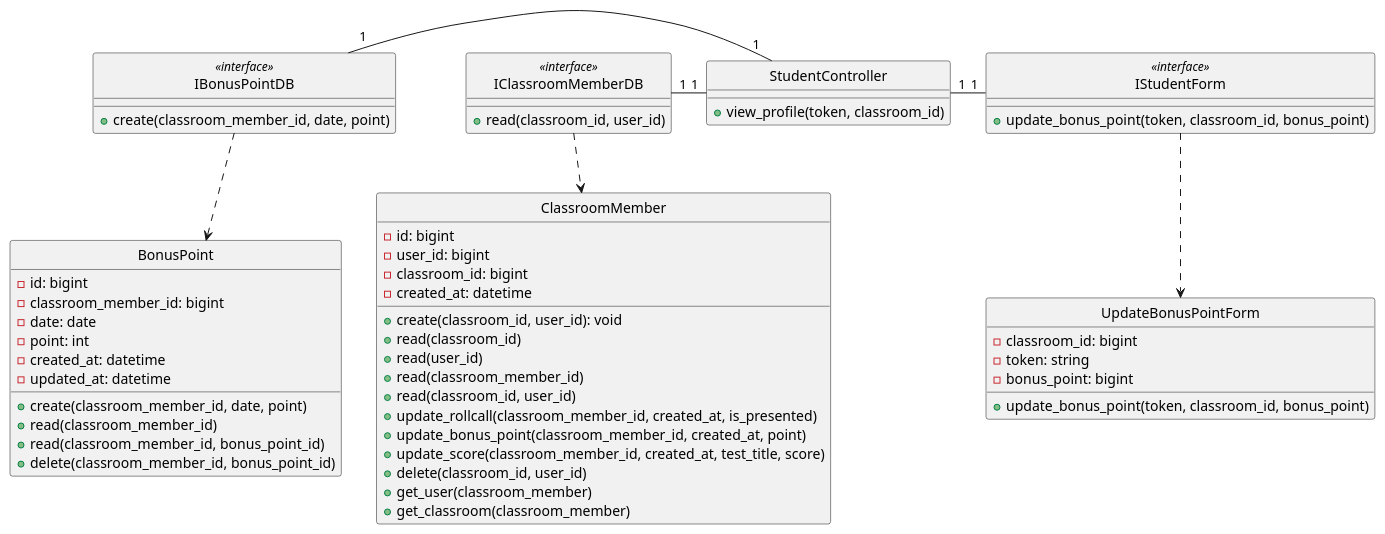
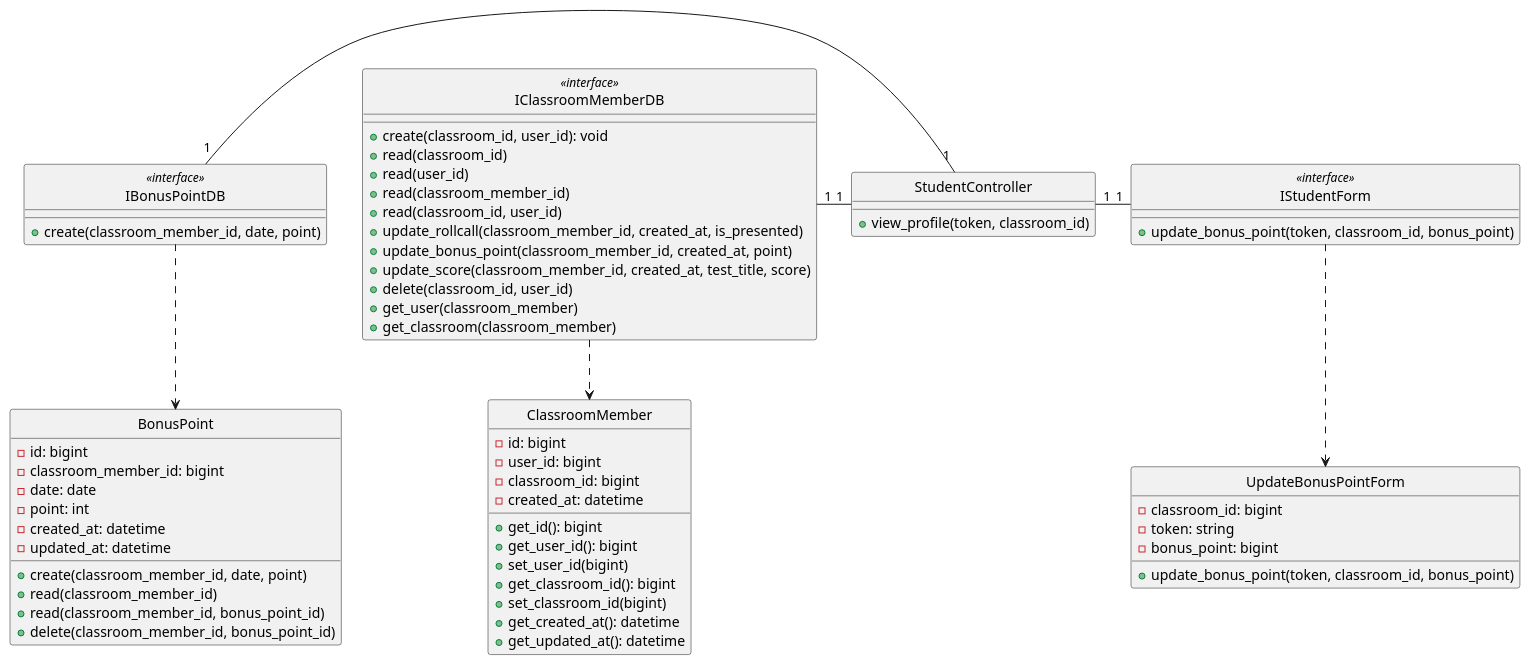
The diagram in class - design/rollcall/updateBonusPoint.plantuml (anonyhostvn/OOAD-Diagram), drawn with PlantUML before and after one commit. The commit also changed 14 other files, not shown here.

```diff
--- a/class - design/rollcall/updateBonusPoint.plantuml
+++ b/class - design/rollcall/updateBonusPoint.plantuml
@@ -1,78 +1,84 @@
 @startuml addStudent
 
 class UpdateBonusPointForm {
     - classroom_id: bigint
     - token: string
     - bonus_point: bigint
 
     + update_bonus_point(token, classroom_id, bonus_point)
 }
 
 class IStudentForm <<interface>> {
     + update_bonus_point(token, classroom_id, bonus_point)
 }
 
 class StudentController {
     + view_profile(token, classroom_id)
 }
 
 class ClassroomMember {
     - id: bigint
     - user_id: bigint
     - classroom_id: bigint
     - created_at: datetime
 
+    + get_id(): bigint
+    + get_user_id(): bigint
+    + set_user_id(bigint)
+    + get_classroom_id(): bigint
+    + set_classroom_id(bigint)
+    + get_created_at(): datetime
+    + get_updated_at(): datetime
+}
+
+class IClassroomMemberDB <<interface>> {
     + create(classroom_id, user_id): void
     + read(classroom_id)
     + read(user_id)
     + read(classroom_member_id)
     + read(classroom_id, user_id)
     + update_rollcall(classroom_member_id, created_at, is_presented)
     + update_bonus_point(classroom_member_id, created_at, point)
     + update_score(classroom_member_id, created_at, test_title, score)
     + delete(classroom_id, user_id)
     + get_user(classroom_member)
     + get_classroom(classroom_member)
-}
-
-class IClassroomMemberDB <<interface>> {
-    + read(classroom_id, user_id)
 }
 
 
 class BonusPoint {
     - id: bigint
     - classroom_member_id: bigint
     - date: date
     - point: int
     - created_at: datetime
     - updated_at: datetime
 
     + create(classroom_member_id, date, point)
     + read(classroom_member_id)
     + read(classroom_member_id, bonus_point_id)
     + delete(classroom_member_id, bonus_point_id)
 }
 
 class IBonusPointDB <<interface>> {
     + create(classroom_member_id, date, point)
 }
 
 hide UpdateBonusPointForm circle
 hide IStudentForm <<interface>> circle
 hide StudentController circle
 hide IClassroomMemberDB <<interface>> circle
 hide ClassroomMember circle
 hide IBonusPointDB <<interface>> circle
 hide BonusPoint circle 
 
 
 IStudentForm .down.> UpdateBonusPointForm
 IClassroomMemberDB .down.> ClassroomMember
 IBonusPointDB .down.> BonusPoint
 IStudentForm "1"-left-"1" StudentController
 StudentController "1"-left-"1" IClassroomMemberDB
 StudentController "1"-left-"1" IBonusPointDB
 
 
 @enduml
```
